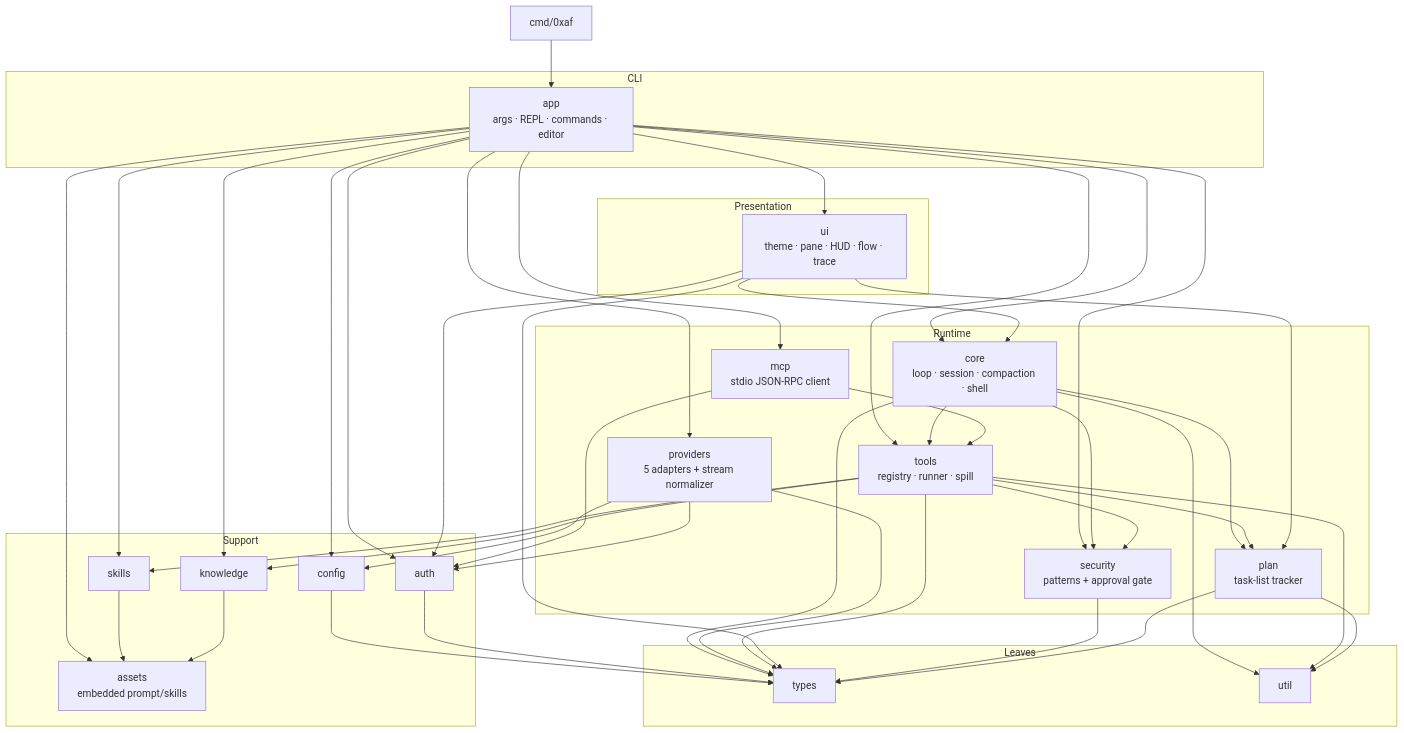
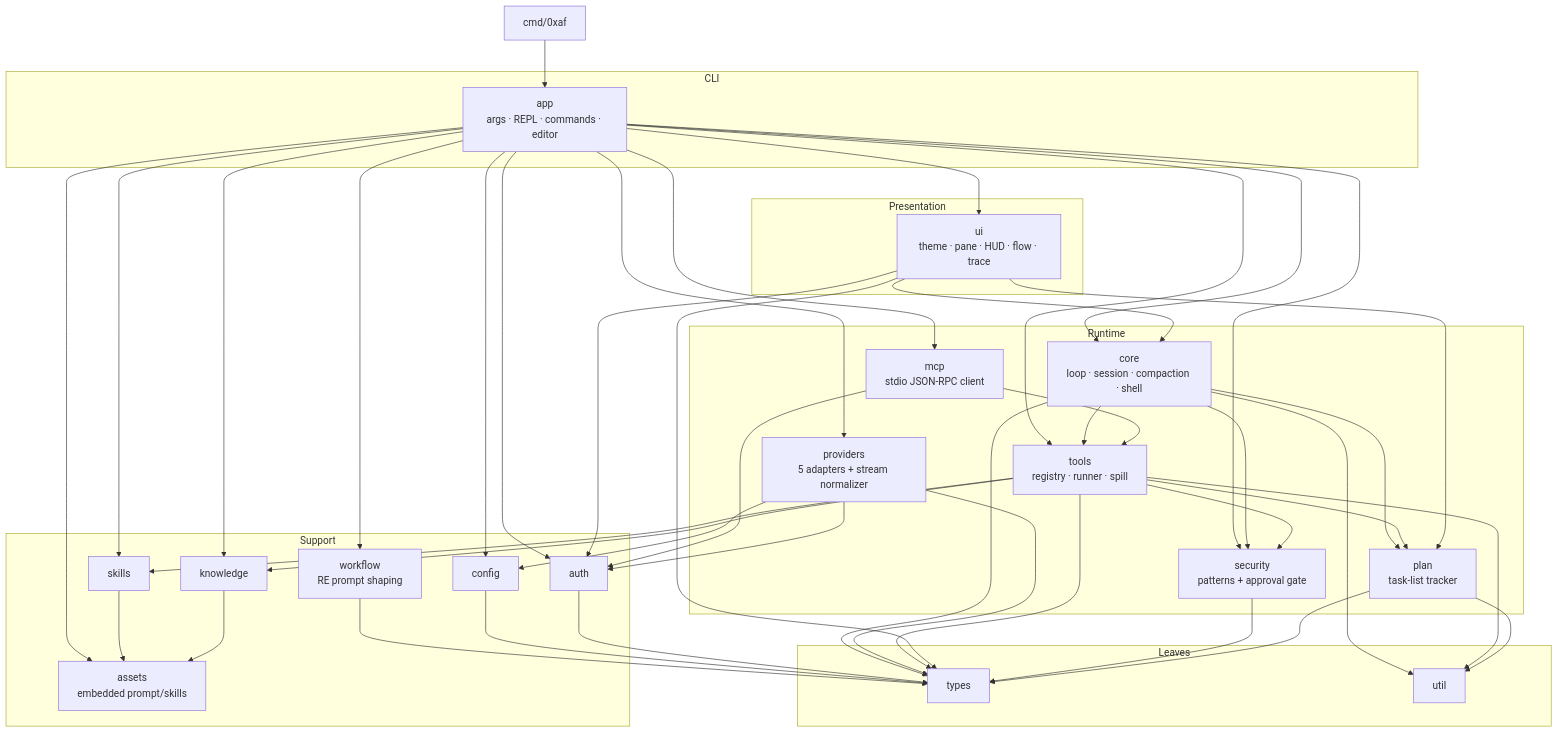
Before and after one commit to overkazaf/re-agent: the first of 5 diagrams in docs/ARCHITECTURE.md, drawn with Mermaid. The commit also changed other lines of this file and 47 other files, not shown here.

````diff
--- a/docs/ARCHITECTURE.md
+++ b/docs/ARCHITECTURE.md
@@ -89,49 +90,52 @@
 ```mermaid
 graph TD
   main["cmd/0xaf"]
 
   subgraph CLI
     app["app<br/>args · REPL · commands · editor"]
   end
 
   subgraph Runtime
     core["core<br/>loop · session · compaction · shell"]
     providers["providers<br/>5 adapters + stream normalizer"]
     toolsPkg["tools<br/>registry · runner · spill"]
     mcp["mcp<br/>stdio JSON-RPC client"]
     security["security<br/>patterns + approval gate"]
     planPkg["plan<br/>task-list tracker"]
   end
 
   subgraph Presentation
     ui["ui<br/>theme · pane · HUD · flow · trace"]
   end
 
   subgraph Support
     config["config"]
     auth["auth"]
     assets["assets<br/>embedded prompt/skills"]
     skills["skills"]
     knowledge["knowledge"]
+    workflow["workflow<br/>RE prompt shaping"]
   end
 
   subgraph Leaves
     types["types"]
     util["util"]
   end
 
   main --> app
   app --> core & providers & toolsPkg & mcp & ui & security
   app --> config & auth & skills & knowledge & assets
+  app --> workflow
 
   core --> toolsPkg & security & planPkg
   toolsPkg --> security & planPkg & skills & knowledge
   mcp --> toolsPkg & auth
   providers --> auth & config
   ui --> core & planPkg & auth
   skills --> assets
+  workflow --> types
   knowledge --> assets
 
   core & providers & toolsPkg & ui & security & planPkg & config & auth --> types
   core & toolsPkg & planPkg --> util
 ```
````
